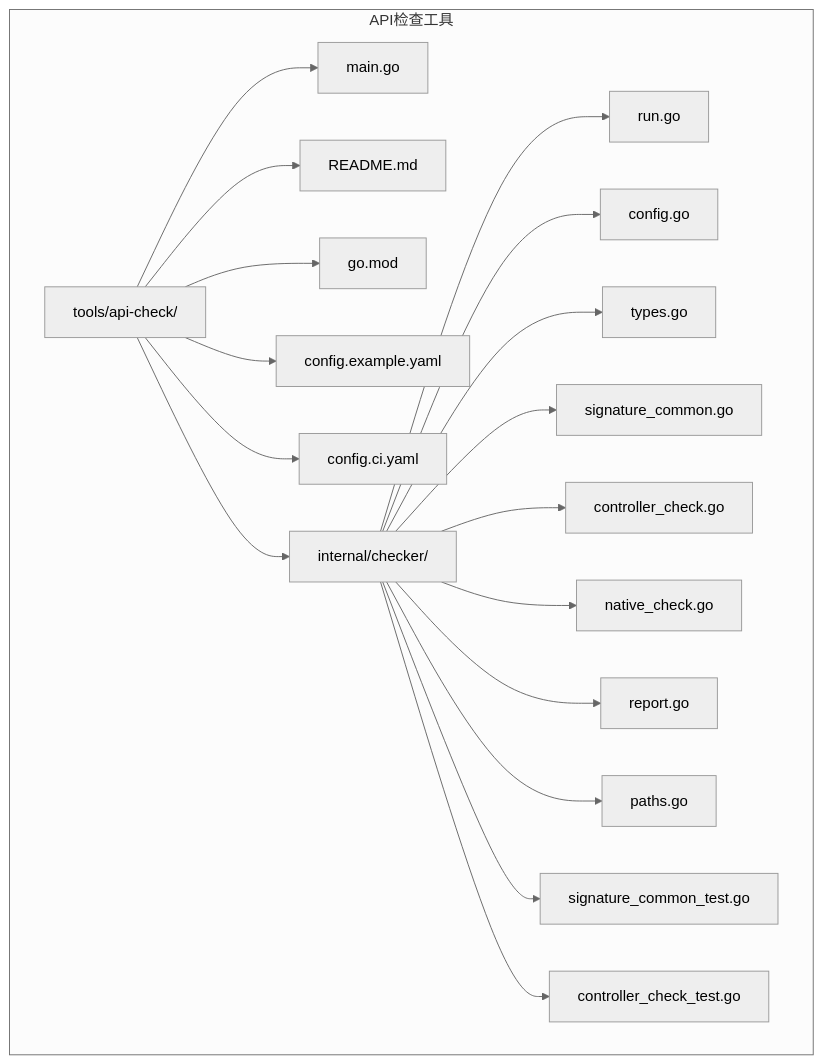
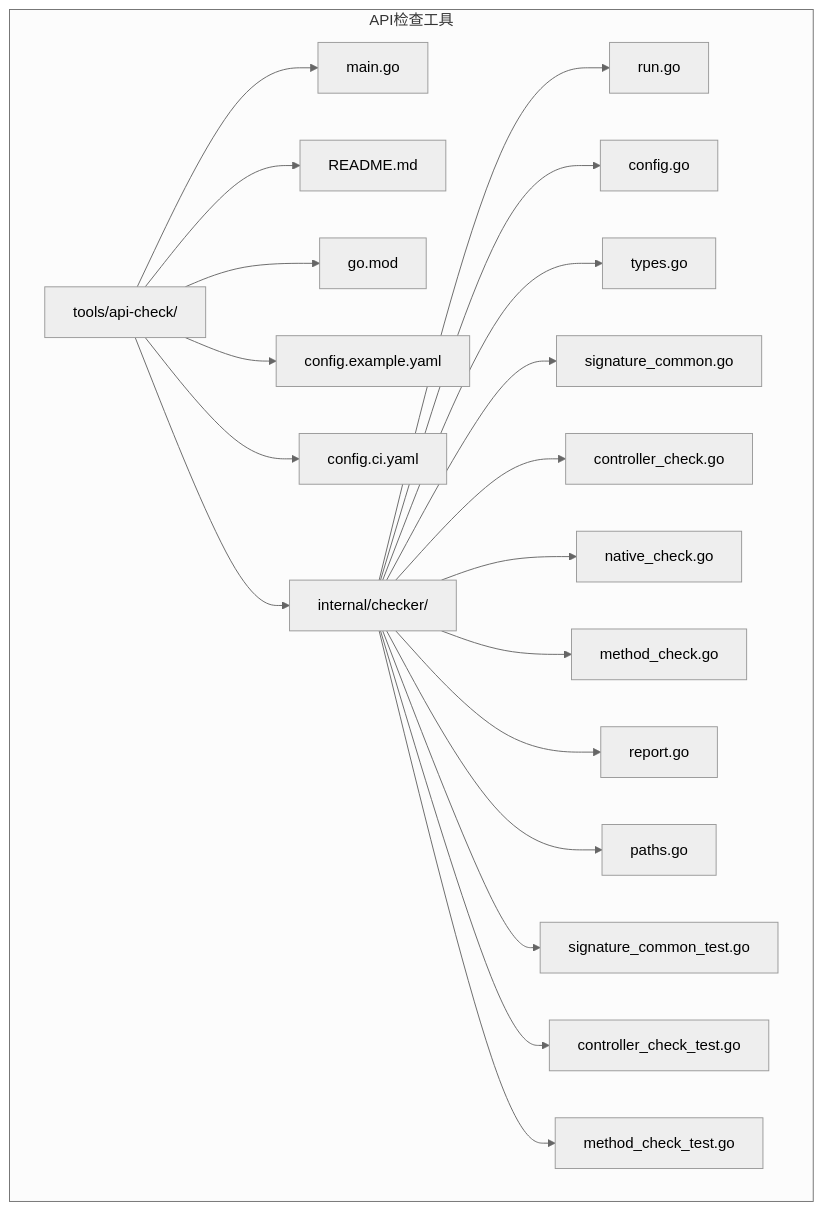
The first of 8 diagrams in instructions/maafw-golang-binding/高级功能/API一致性检查工具.md (kqcoxn/MaaPipelineEditor), drawn with Mermaid (neutral theme) before and after one commit. The commit also changed other lines of this file and 9 other files, not shown here.

````diff
--- a/instructions/maafw-golang-binding/高级功能/API一致性检查工具.md
+++ b/instructions/maafw-golang-binding/高级功能/API一致性检查工具.md
@@ -45,21 +55,23 @@
 ```mermaid
 graph TB
 subgraph "API检查工具"
 A[tools/api-check/] --> B[main.go]
 A --> C[README.md]
 A --> D[go.mod]
 A --> E[config.example.yaml]
 A --> F[config.ci.yaml]
 A --> G[internal/checker/]
 G --> H[run.go]
 G --> I[config.go]
 G --> J[types.go]
 G --> K[signature_common.go]
 G --> L[controller_check.go]
 G --> M[native_check.go]
-G --> N[report.go]
-G --> O[paths.go]
-G --> P[signature_common_test.go]
-G --> Q[controller_check_test.go]
+G --> N[method_check.go]
+G --> O[report.go]
+G --> P[paths.go]
+G --> Q[signature_common_test.go]
+G --> R[controller_check_test.go]
+G --> S[method_check_test.go]
 end
 ```
````
